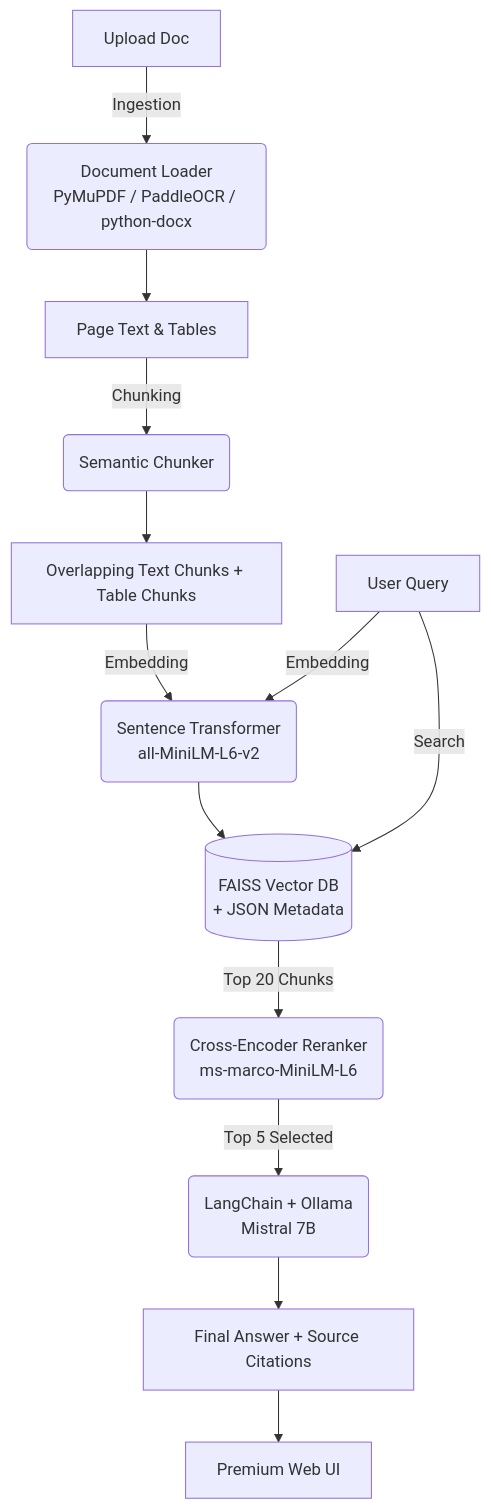
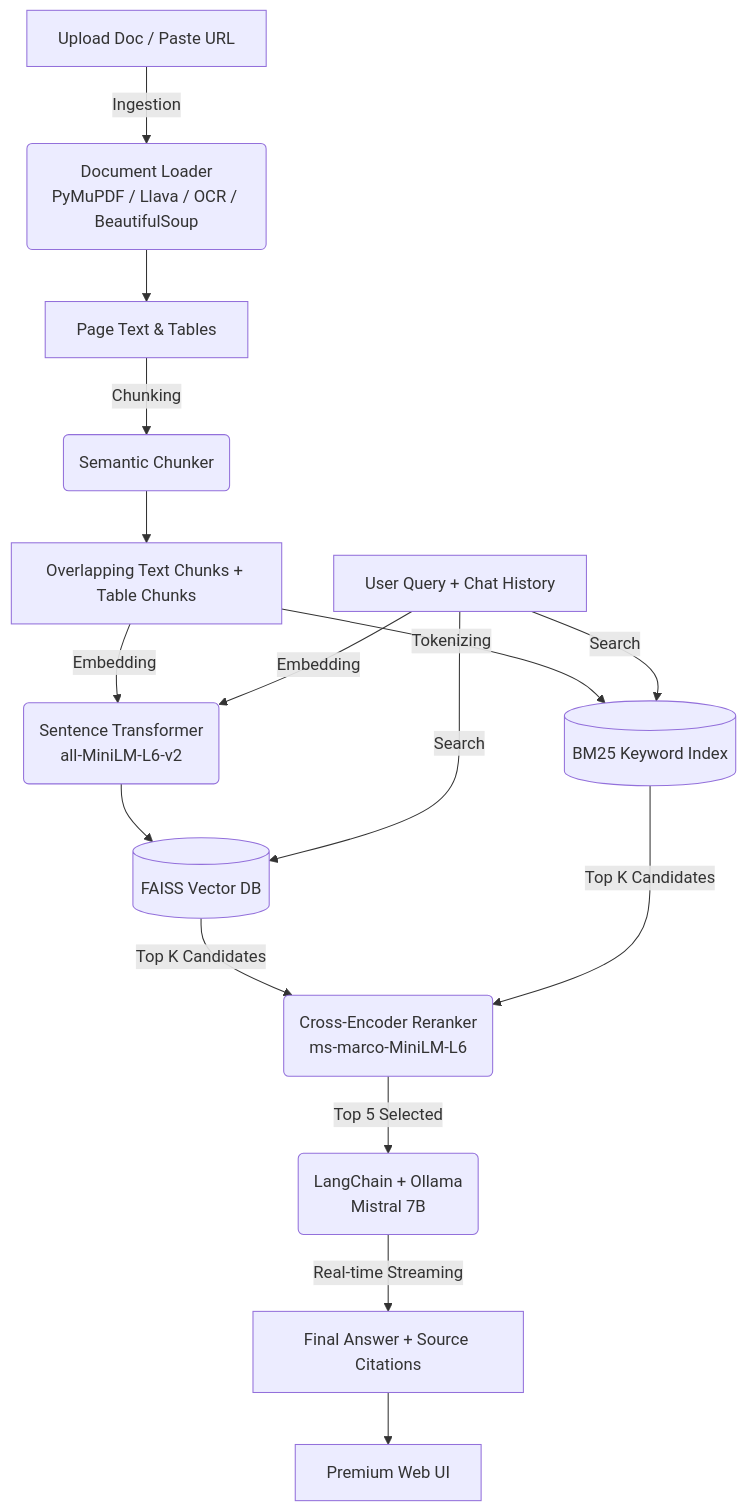
The diagram in README.md (kulkarnishub377/Document-AI---RAG-Pipeline), drawn with Mermaid before and after one commit. The commit also changed other lines of this file and 2 other files, not shown here.

Commit message:
feat: Add comprehensive architecture and model setup documentation, and update README with enhanced features and model instructions.

````diff
--- a/README.md
+++ b/README.md
@@ -24,16 +28,19 @@
 ```mermaid
 flowchart TD
-    A[Upload Doc] -->|Ingestion| B(Document Loader\nPyMuPDF / PaddleOCR / python-docx)
+    A[Upload Doc / Paste URL] -->|Ingestion| B(Document Loader\nPyMuPDF / Llava / OCR / BeautifulSoup)
     B --> C[Page Text & Tables]
     C -->|Chunking| D(Semantic Chunker)
     D --> E[Overlapping Text Chunks + Table Chunks]
     E -->|Embedding| F(Sentence Transformer\nall-MiniLM-L6-v2)
-    F --> G[(FAISS Vector DB\n+ JSON Metadata)]
+    F --> G[(FAISS Vector DB)]
+    E -->|Tokenizing| H[(BM25 Keyword Index)]
     
-    H[User Query] -->|Embedding| F
-    H -->|Search| G
-    G -->|Top 20 Chunks| I(Cross-Encoder Reranker\nms-marco-MiniLM-L6)
-    I -->|Top 5 Selected| J(LangChain + Ollama\nMistral 7B)
-    J --> K[Final Answer + Source Citations]
-    K --> L[Premium Web UI]
+    I[User Query + Chat History] -->|Embedding| F
+    I -->|Search| G
+    I -->|Search| H
+    G -->|Top K Candidates| J(Cross-Encoder Reranker\nms-marco-MiniLM-L6)
+    H -->|Top K Candidates| J
+    J -->|Top 5 Selected| K(LangChain + Ollama\nMistral 7B)
+    K -->|Real-time Streaming| L[Final Answer + Source Citations]
+    L --> M[Premium Web UI]
 ```
````
